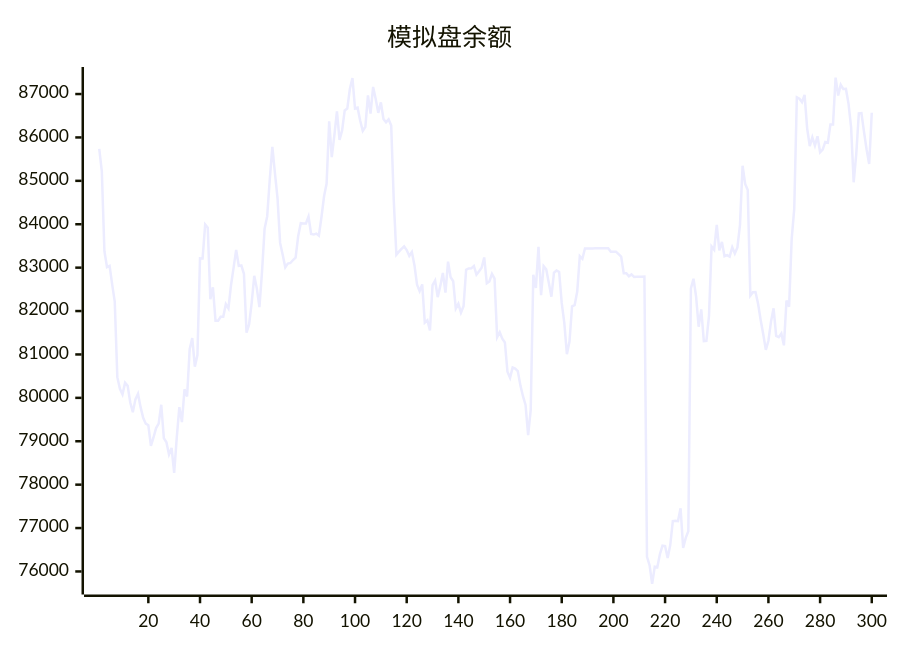
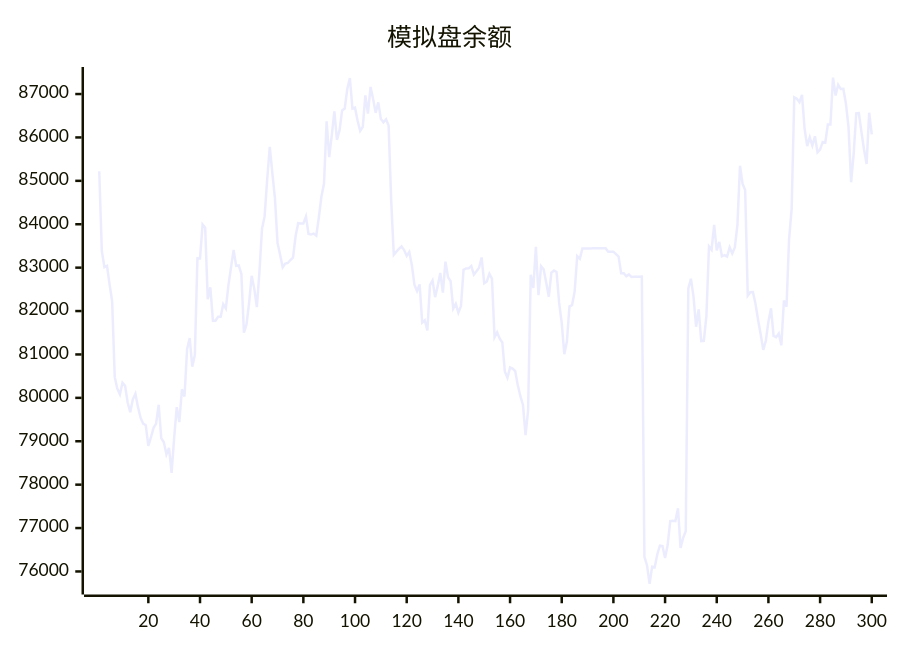
Before and after one commit to aahl/ai-trading: the diagram in README.md, drawn with Mermaid. The commit also changed other lines of this file and 1 other file, not shown here.

````diff
--- a/README.md
+++ b/README.md
@@ -5,5 +5,5 @@
 ```mermaid
 xychart
     title "模拟盘余额"
-    line [85737,85221,83378,83014,83043,82613,82216,80477,80208,80081,80348,80277,79894,79670,79965,80093,79786,79542,79406,79371,78893,79087,79304,79406,79841,79072,78978,78696,78846,78272,79085,79787,79442,80198,80031,81120,81379,80718,80985,83214,83212,83993,83921,82270,82547,81776,81776,81866,81866,82158,82061,82596,83000,83408,83041,83050,82858,81503,81691,82188,82812,82517,82092,82901,83898,84180,85030,85781,85178,84604,83569,83298,83008,83093,83107,83175,83228,83729,84025,84017,84019,84177,83775,83762,83785,83738,84160,84639,84939,86370,85548,86046,86599,85942,86161,86622,86664,87115,87369,86666,86685,86384,86152,86243,86969,86548,87164,86885,86566,86809,86427,86348,86417,86273,84538,83299,83369,83430,83490,83404,83270,83362,83056,82605,82459,82614,81734,81788,81551,82598,82702,82320,82580,82878,82426,83139,82778,82686,82056,82166,81963,82110,82951,82983,82984,83038,82838,82915,82998,83235,82642,82682,82858,82746,81396,81512,81362,81277,80600,80461,80699,80673,80616,80288,80038,79836,79142,79722,82837,82533,83480,82366,83032,82960,82654,82330,82883,82934,82901,82188,81728,81005,81298,82110,82135,82449,83264,83203,83440,83439,83440,83440,83446,83447,83448,83447,83448,83449,83369,83369,83369,83313,83256,82872,82873,82801,82844,82785,82791,82791,82793,82794,76339,76145,75714,76110,76096,76397,76594,76585,76310,76607,77160,77170,77160,77456,76541,76774,76927,82520,82744,82337,81639,82040,81307,81314,81887,83490,83414,83984,83396,83594,83261,83287,83253,83470,83327,83465,83987,85348,84930,84786,82355,82433,82438,82167,81795,81466,81105,81315,81756,82064,81426,81398,81481,81210,82242,82099,83658,84359,86925,86892,86814,86980,86203,85802,86003,85811,86028,85657,85721,85896,85880,86300,86299,87378,86965,87214,87115,87118,86780,86238,84966,85623,86555,86562,86129,85722,85387,86569]
+    line [85221,83378,83014,83043,82613,82216,80477,80208,80081,80348,80277,79894,79670,79965,80093,79786,79542,79406,79371,78893,79087,79304,79406,79841,79072,78978,78696,78846,78272,79085,79787,79442,80198,80031,81120,81379,80718,80985,83214,83212,83993,83921,82270,82547,81776,81776,81866,81866,82158,82061,82596,83000,83408,83041,83050,82858,81503,81691,82188,82812,82517,82092,82901,83898,84180,85030,85781,85178,84604,83569,83298,83008,83093,83107,83175,83228,83729,84025,84017,84019,84177,83775,83762,83785,83738,84160,84639,84939,86370,85548,86046,86599,85942,86161,86622,86664,87115,87369,86666,86685,86384,86152,86243,86969,86548,87164,86885,86566,86809,86427,86348,86417,86273,84538,83299,83369,83430,83490,83404,83270,83362,83056,82605,82459,82614,81734,81788,81551,82598,82702,82320,82580,82878,82426,83139,82778,82686,82056,82166,81963,82110,82951,82983,82984,83038,82838,82915,82998,83235,82642,82682,82858,82746,81396,81512,81362,81277,80600,80461,80699,80673,80616,80288,80038,79836,79142,79722,82837,82533,83480,82366,83032,82960,82654,82330,82883,82934,82901,82188,81728,81005,81298,82110,82135,82449,83264,83203,83440,83439,83440,83440,83446,83447,83448,83447,83448,83449,83369,83369,83369,83313,83256,82872,82873,82801,82844,82785,82791,82791,82793,82794,76339,76145,75714,76110,76096,76397,76594,76585,76310,76607,77160,77170,77160,77456,76541,76774,76927,82520,82744,82337,81639,82040,81307,81314,81887,83490,83414,83984,83396,83594,83261,83287,83253,83470,83327,83465,83987,85348,84930,84786,82355,82433,82438,82167,81795,81466,81105,81315,81756,82064,81426,81398,81481,81210,82242,82099,83658,84359,86925,86892,86814,86980,86203,85802,86003,85811,86028,85657,85721,85896,85880,86300,86299,87378,86965,87214,87115,87118,86780,86238,84966,85623,86555,86562,86129,85722,85387,86569,86070]
 ```
````
